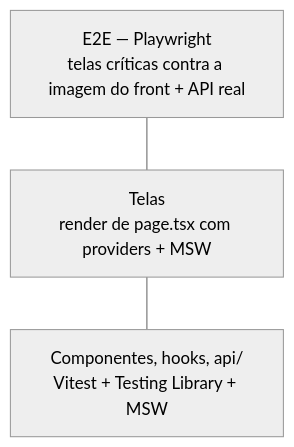
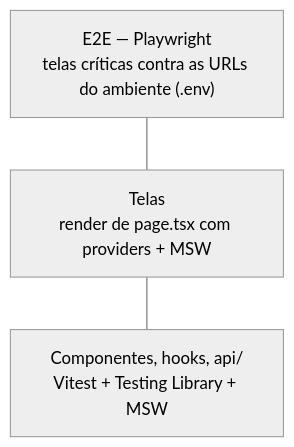
One commit to oseasmoreto/bot-chat changed the second of 2 diagrams in frontend/docs/11-testes.md. Above: the diagram before and after it, drawn with Mermaid (neutral theme). The commit also changed other lines of this file and 26 other files, not shown here.

````diff
--- a/frontend/docs/11-testes.md
+++ b/frontend/docs/11-testes.md
@@ -16,7 +16,7 @@
 ```mermaid
 flowchart TB
-    e2e["E2E — Playwright<br/>telas críticas contra a imagem do front + API real"]
+    e2e["E2E — Playwright<br/>telas críticas contra as URLs do ambiente (.env)"]
     screen["Telas<br/>render de page.tsx com providers + MSW"]
     comp["Componentes, hooks, api/<br/>Vitest + Testing Library + MSW"]
     e2e --- screen --- comp
 ```
````
